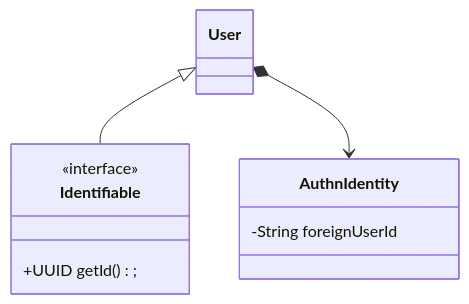
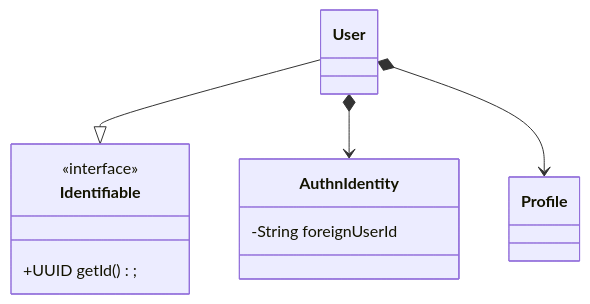
Before and after one commit to xenoterracide/iw-pm-backend: the diagram in README.md, drawn with Mermaid.

Commit message:
add classes

````diff
--- a/README.md
+++ b/README.md
@@ -18,17 +18,21 @@
 ```mermaid
 classDiagram
     class Identifiable {
         <<interface>>
         +UUID getId();
     }
 
     class AuthnIdentity {
         -String foreignUserId
     }
 
+    class Profile {
+    }
+
     class User {
     }
 
-    User <|-- Identifiable
+    User --|> Identifiable
     User *--> AuthnIdentity
+    User *--> Profile
 ```
````
